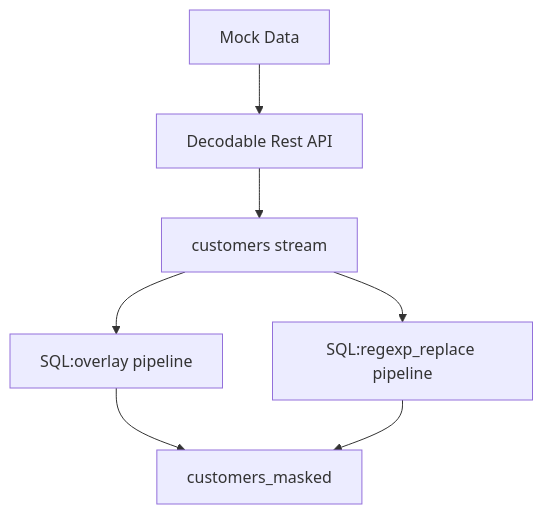
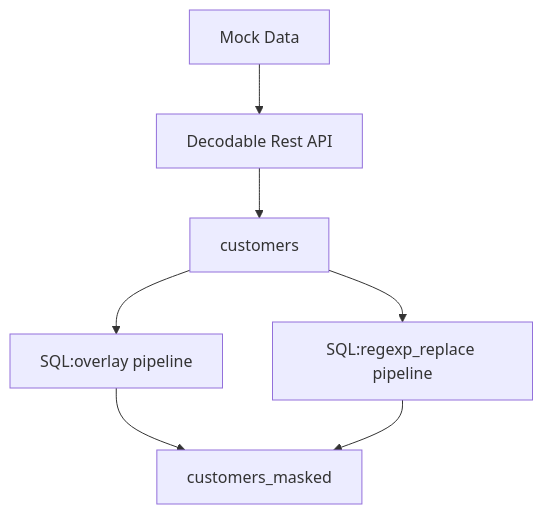
One commit to decodableco/examples changed the diagram in masking/README.md. Above: the diagram before and after it, drawn with Mermaid.

````diff
--- a/masking/README.md
+++ b/masking/README.md
@@ -8,8 +8,8 @@
 ```mermaid
 flowchart TD;
-    md[Mock Data]-->rest[Decodable Rest API]-->customers[customers stream]
+    md[Mock Data]-->rest[Decodable Rest API]-->customers
 
     customers --> overlay[SQL:overlay pipeline] --> customers_masked
 
     customers --> regexp_replace[SQL:regexp_replace pipeline] --> customers_masked
 ```
````
